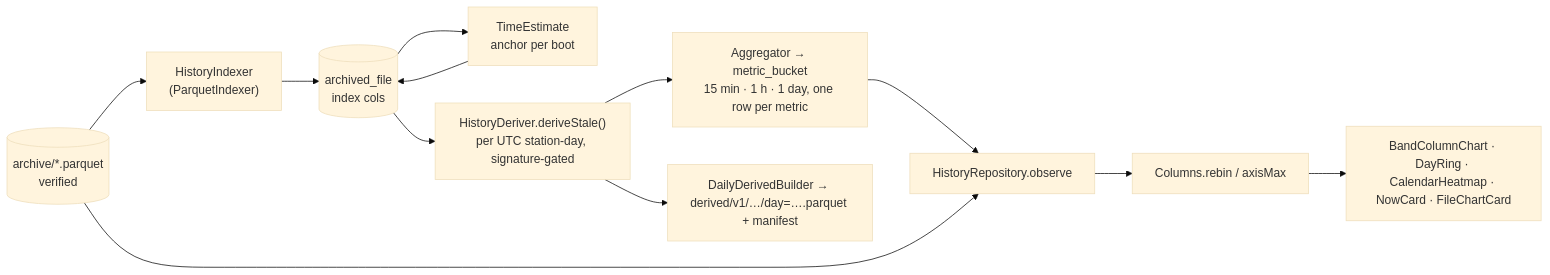
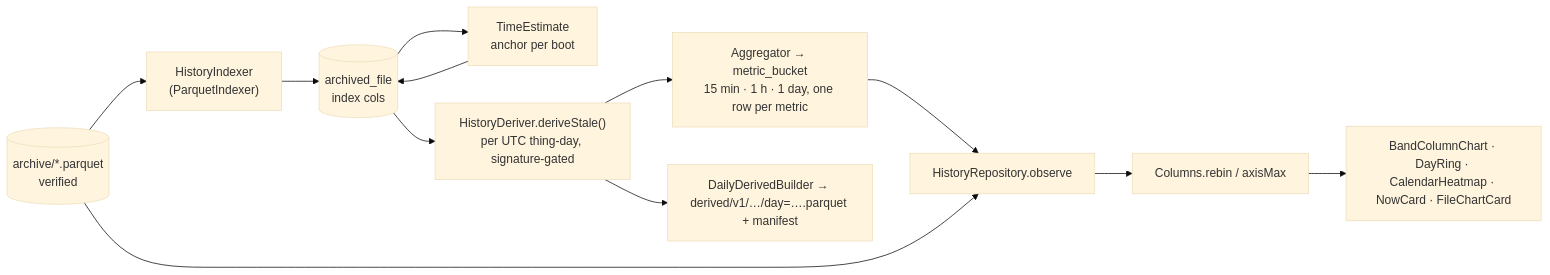
One commit to walkthru-earth/opensensor-space-mobile changed the first of 2 diagrams in docs/history-pipeline.md. Above: the diagram before and after it, drawn with Mermaid (base theme). The commit also changed other lines of this file and 348 other files, not shown here.

````diff
--- a/docs/history-pipeline.md
+++ b/docs/history-pipeline.md
@@ -11,14 +11,14 @@
 ```mermaid
 flowchart LR
   F[("archive/*.parquet<br/>verified")] --> I["HistoryIndexer<br/>(ParquetIndexer)"]
   I --> AF[("archived_file<br/>index cols")]
   AF --> TE["TimeEstimate<br/>anchor per boot"]
   TE --> AF
-  AF --> DV["HistoryDeriver.deriveStale()<br/>per UTC station-day, signature-gated"]
+  AF --> DV["HistoryDeriver.deriveStale()<br/>per UTC thing-day, signature-gated"]
   DV --> AG["Aggregator → metric_bucket<br/>15 min · 1 h · 1 day, one row per metric"]
   DV --> DD["DailyDerivedBuilder → derived/v1/…/day=….parquet + manifest"]
   AG --> HR["HistoryRepository.observe"]
   F --> HR
   HR --> CO["Columns.rebin / axisMax"]
   CO --> UI["BandColumnChart · DayRing · CalendarHeatmap · NowCard · FileChartCard"]
 ```
````
